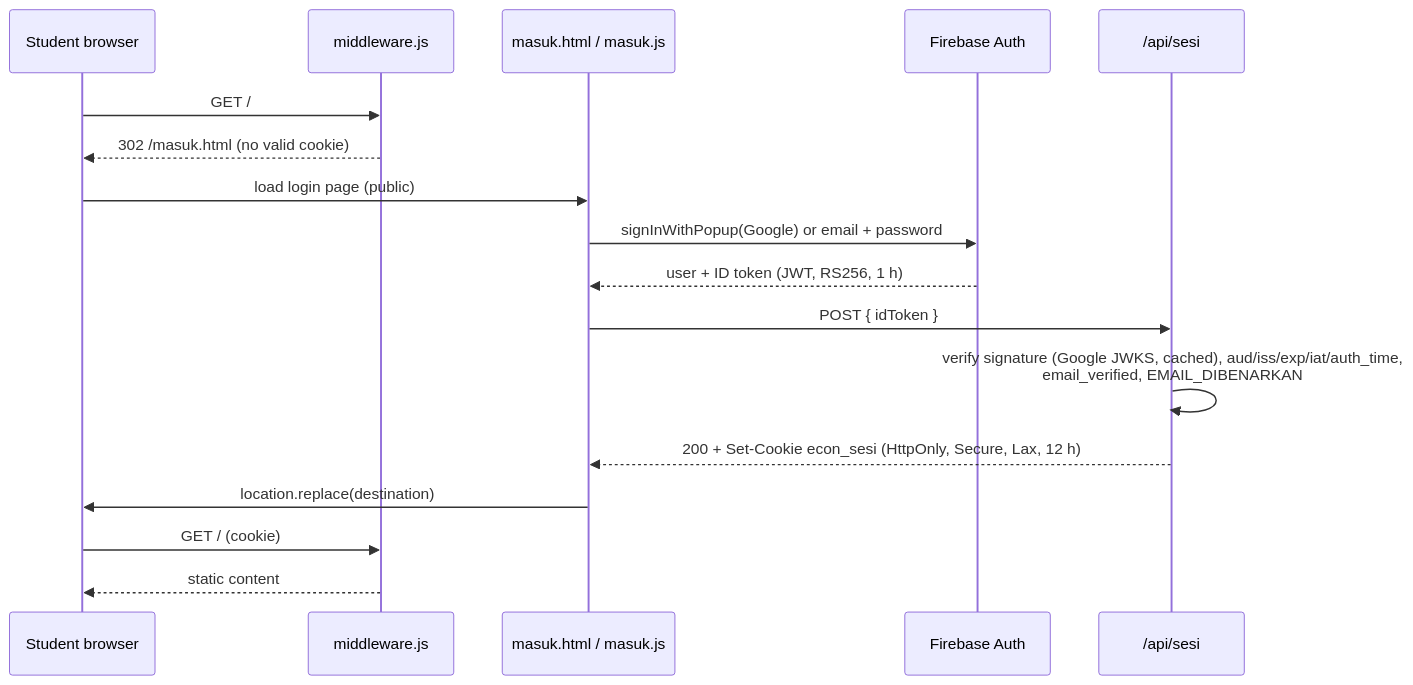
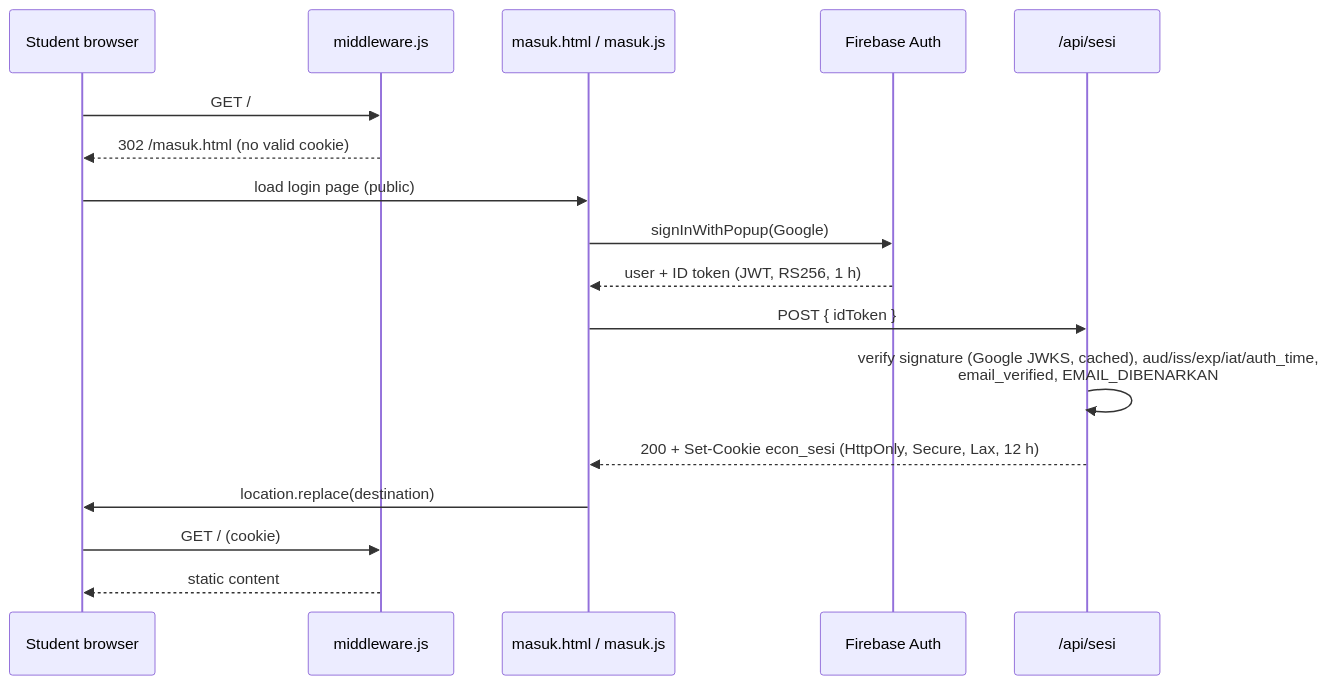
The third of 4 diagrams in ARCHITECTURE.md (AidilFarhan/ECON-TUTOR), drawn with Mermaid before and after one commit. The commit also changed other lines of this file and 7 other files, not shown here.

````diff
--- a/ARCHITECTURE.md
+++ b/ARCHITECTURE.md
@@ -345,19 +345,19 @@
 ```mermaid
 sequenceDiagram
   participant U as Student browser
   participant M as middleware.js
   participant P as masuk.html / masuk.js
   participant F as Firebase Auth
   participant S as /api/sesi
   U->>M: GET /
   M-->>U: 302 /masuk.html (no valid cookie)
   U->>P: load login page (public)
-  P->>F: signInWithPopup(Google) or email + password
+  P->>F: signInWithPopup(Google)
   F-->>P: user + ID token (JWT, RS256, 1 h)
   P->>S: POST { idToken }
   S->>S: verify signature (Google JWKS, cached), aud/iss/exp/iat/auth_time,<br/>email_verified, EMAIL_DIBENARKAN
   S-->>P: 200 + Set-Cookie econ_sesi (HttpOnly, Secure, Lax, 12 h)
   P->>U: location.replace(destination)
   U->>M: GET / (cookie)
   M-->>U: static content
 ```
````
